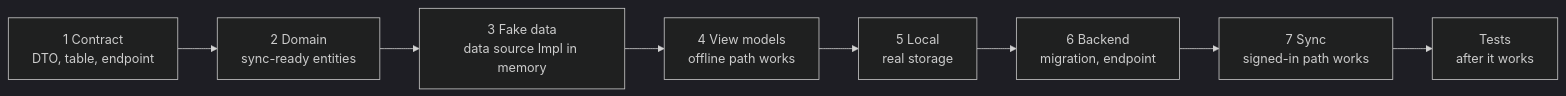
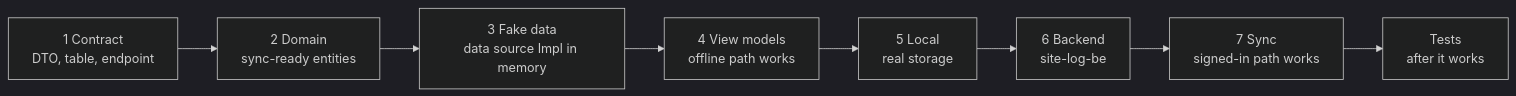
The second of 2 diagrams in docs/feature-guide/README.md (DAMHONGDUC/site-log-ios), drawn with Mermaid (dark theme) before and after one commit. The commit also changed other lines of this file and 33 other files, not shown here.

First line of the commit message:
docs: update docs - detail is backend moved to site-log-be, 03-backend is the client API guide

````diff
--- a/docs/feature-guide/README.md
+++ b/docs/feature-guide/README.md
@@ -65,10 +66,10 @@
 ```mermaid
 flowchart LR
     C["1 Contract<br/>DTO, table, endpoint"] --> D["2 Domain<br/>sync-ready entities"]
     D --> F["3 Fake data<br/>data source Impl in memory"]
     F --> V["4 View models<br/>offline path works"]
     V --> L["5 Local<br/>real storage"]
-    L --> B["6 Backend<br/>migration, endpoint"]
+    L --> B["6 Backend<br/>site-log-be"]
     B --> S["7 Sync<br/>signed-in path works"]
     S --> T["Tests<br/>after it works"]
 ```
````
